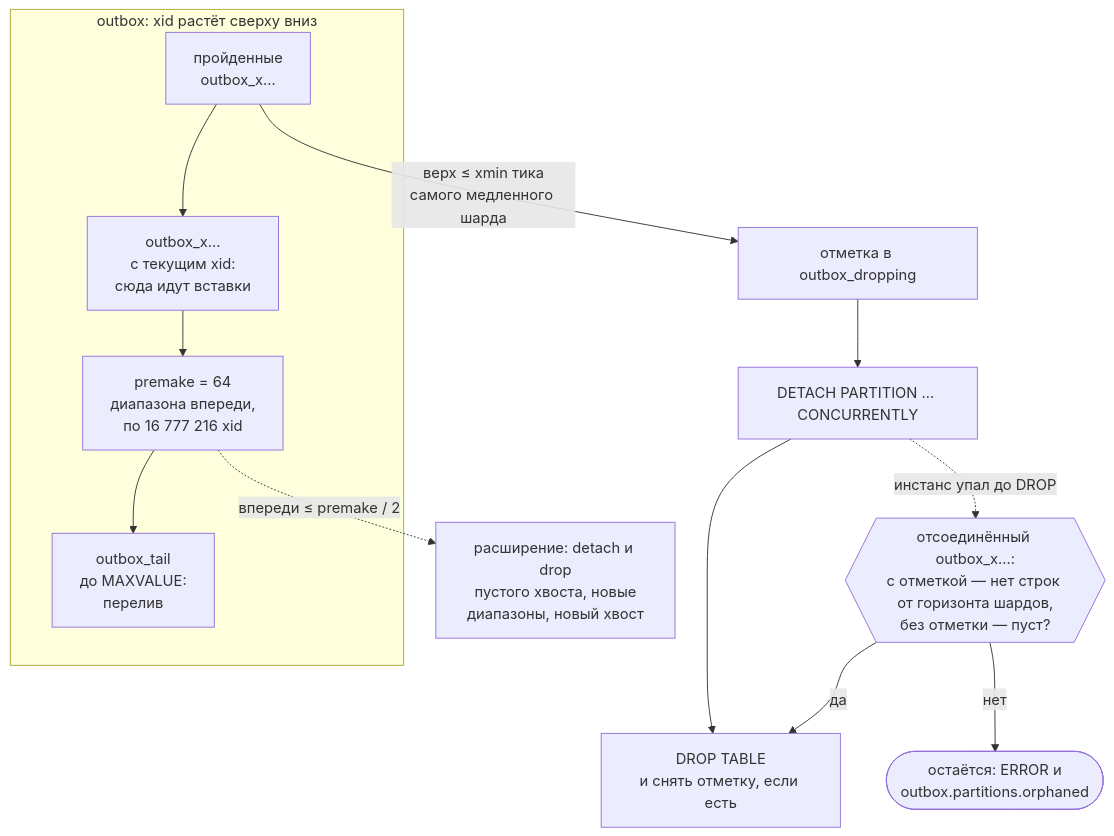
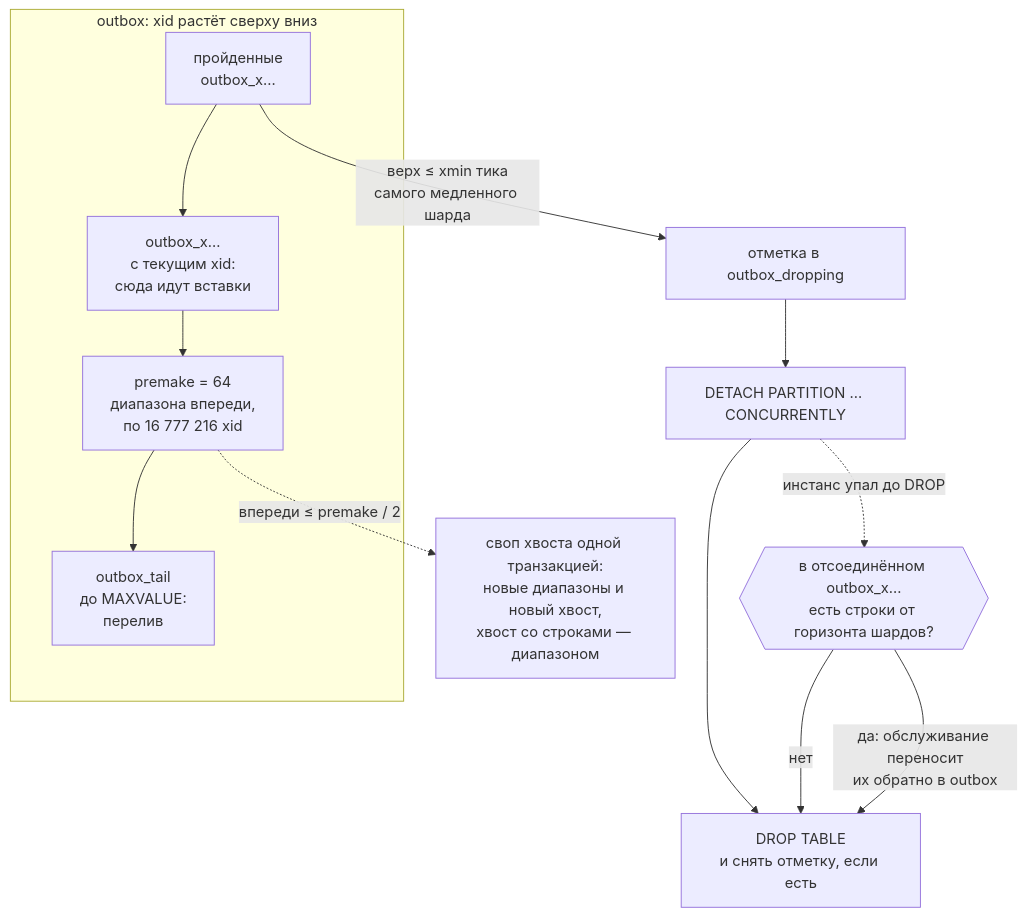
One commit to dsudomoin/kora-transactional-outbox changed the fifth of 5 diagrams in README.md. Above: the diagram before and after it, drawn with Mermaid. The commit also changed other lines of this file, not shown here.

````diff
--- a/README.md
+++ b/README.md
@@ -1121,15 +1171,15 @@
 ```mermaid
 flowchart TD
     subgraph axis["outbox: xid растёт сверху вниз"]
         old["пройденные<br/>outbox_x…"] --> hot["outbox_x…<br/>с текущим xid:<br/>сюда идут вставки"]
         hot --> ahead["premake = 64<br/>диапазона впереди,<br/>по 16 777 216 xid"]
         ahead --> tail["outbox_tail<br/>до MAXVALUE:<br/>перелив"]
     end
-    ahead -.->|"впереди ≤ premake / 2"| ext["расширение: detach и drop<br/>пустого хвоста, новые<br/>диапазоны, новый хвост"]
+    ahead -.->|"впереди ≤ premake / 2"| ext["своп хвоста одной транзакцией:<br/>новые диапазоны и новый хвост,<br/>хвост со строками — диапазоном"]
     old -->|"верх ≤ xmin тика<br/>самого медленного шарда"| mark["отметка в outbox_dropping"]
     mark --> detach["DETACH PARTITION … CONCURRENTLY"]
     detach --> drop["DROP TABLE<br/>и снять отметку, если есть"]
-    detach -.->|"инстанс упал до DROP"| orphan{{"отсоединённый outbox_x…:<br/>с отметкой — нет строк от горизонта шардов,<br/>без отметки — пуст?"}}
-    orphan -->|да| drop
-    orphan -->|нет| keep(["остаётся: ERROR и<br/>outbox.partitions.orphaned"])
+    detach -.->|"инстанс упал до DROP"| orphan{{"в отсоединённом outbox_x…<br/>есть строки от горизонта шардов?"}}
+    orphan -->|нет| drop
+    orphan -->|"да: обслуживание переносит<br/>их обратно в outbox"| drop
 ```
````
